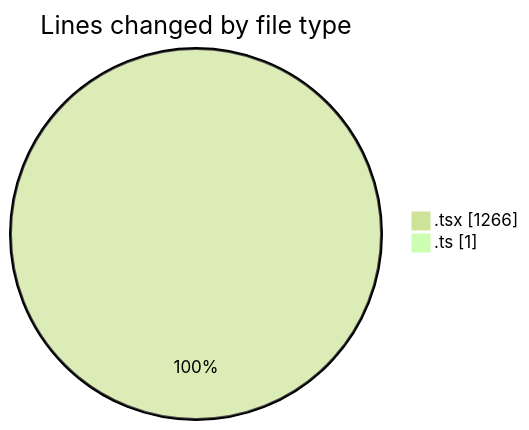
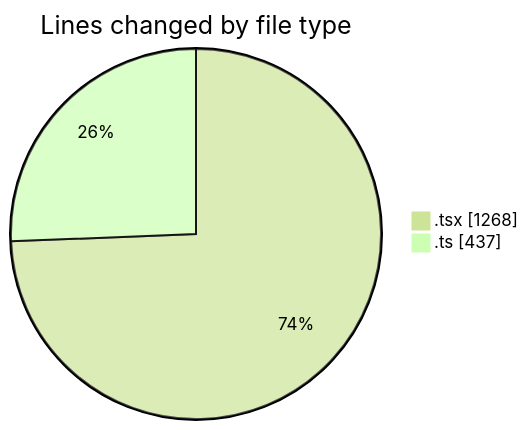
Before and after one commit to robertbonfada/code-tracking: the first of 2 diagrams in 2025-01-29/mbc-web/README.md, drawn with Mermaid (forest theme). The commit also changed other lines of this file and 1 other file, not shown here.

````diff
--- a/2025-01-29/mbc-web/README.md
+++ b/2025-01-29/mbc-web/README.md
@@ -30,6 +31,6 @@
 ```mermaid
 pie showData
 title Lines changed by file type
-".tsx" : 1266
-".ts" : 1
+".tsx" : 1268
+".ts" : 437
 ```
````
